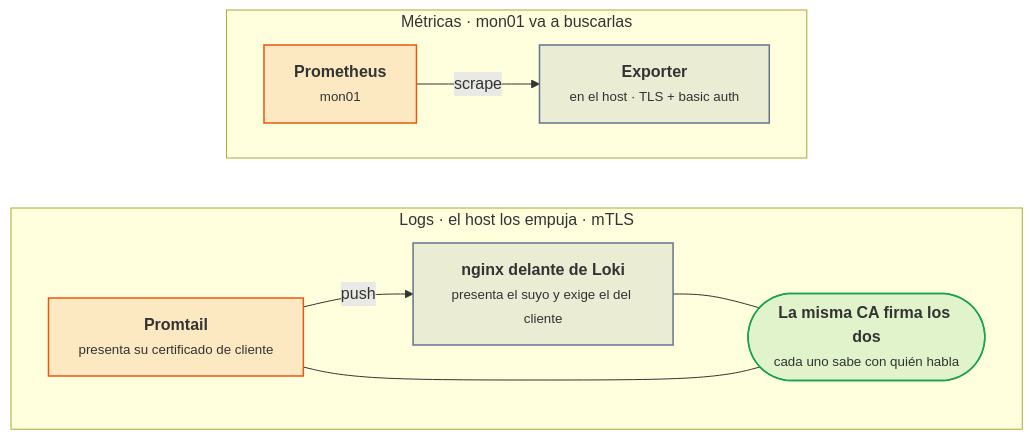
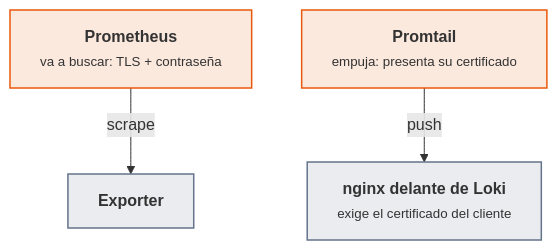
One commit to victor-educ/apuntes-5169 changed the second of 2 diagrams in docs/ut/ut3-seguridad-monitorizacion.md. Above: the diagram before and after it, drawn with Mermaid. The commit also changed other lines of this file and 3 other files, not shown here.

````diff
--- a/docs/ut/ut3-seguridad-monitorizacion.md
+++ b/docs/ut/ut3-seguridad-monitorizacion.md
@@ -726,25 +699,11 @@
 ```mermaid
 flowchart TB
-    subgraph N["Métricas · mon01 va a buscarlas"]
-        direction LR
-        P["<b>Prometheus</b><br><small>mon01</small>"]:::act
-        E["<b>Exporter</b><br><small>en el host · TLS + basic auth</small>"]:::pieza
-        P -- "scrape" --> E
-    end
-    subgraph M["Logs · el host los empuja · mTLS"]
-        direction LR
-        PT["<b>Promtail</b><br><small>presenta su certificado de cliente</small>"]:::act
-        L["<b>nginx delante de Loki</b><br><small>presenta el suyo y exige el del cliente</small>"]:::pieza
-        CA(["<b>La misma CA firma los dos</b><br><small>cada uno sabe con quién habla</small>"]):::ok
-        PT -- "push" --> L
-        L --- CA
-        PT --- CA
-    end
-    N ~~~ M
+    P["<b>Prometheus</b><br><small>va a buscar: TLS + contraseña</small>"]:::act
+    E["<b>Exporter</b>"]:::pieza
+    PT["<b>Promtail</b><br><small>empuja: presenta su certificado</small>"]:::act
+    L["<b>nginx delante de Loki</b><br><small>exige el certificado del cliente</small>"]:::pieza
+    P -- "scrape" --> E
+    PT -- "push" --> L
     classDef act fill:#ea580c22,stroke:#ea580c,stroke-width:1.5px
     classDef pieza fill:#64748b22,stroke:#64748b,stroke-width:1.5px
-    classDef dato fill:#2563eb22,stroke:#2563eb,stroke-width:1.5px
-    classDef infra fill:#a1a1aa14,stroke:#a1a1aa,stroke-width:1.5px
-    classDef ok fill:#16a34a22,stroke:#16a34a,stroke-width:1.5px
-    classDef riesgo fill:#dc262622,stroke:#dc2626,stroke-width:1.5px
 ```
````
